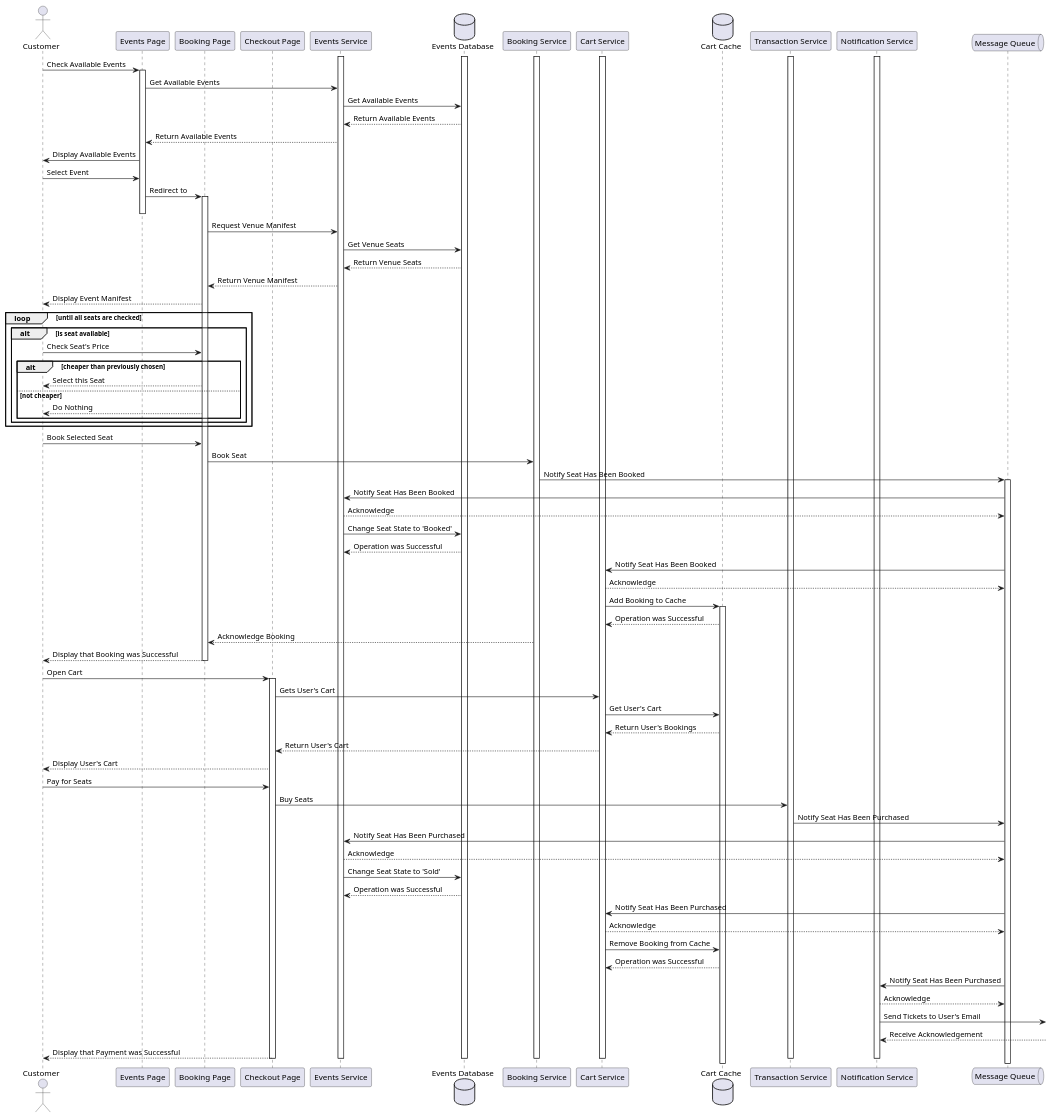
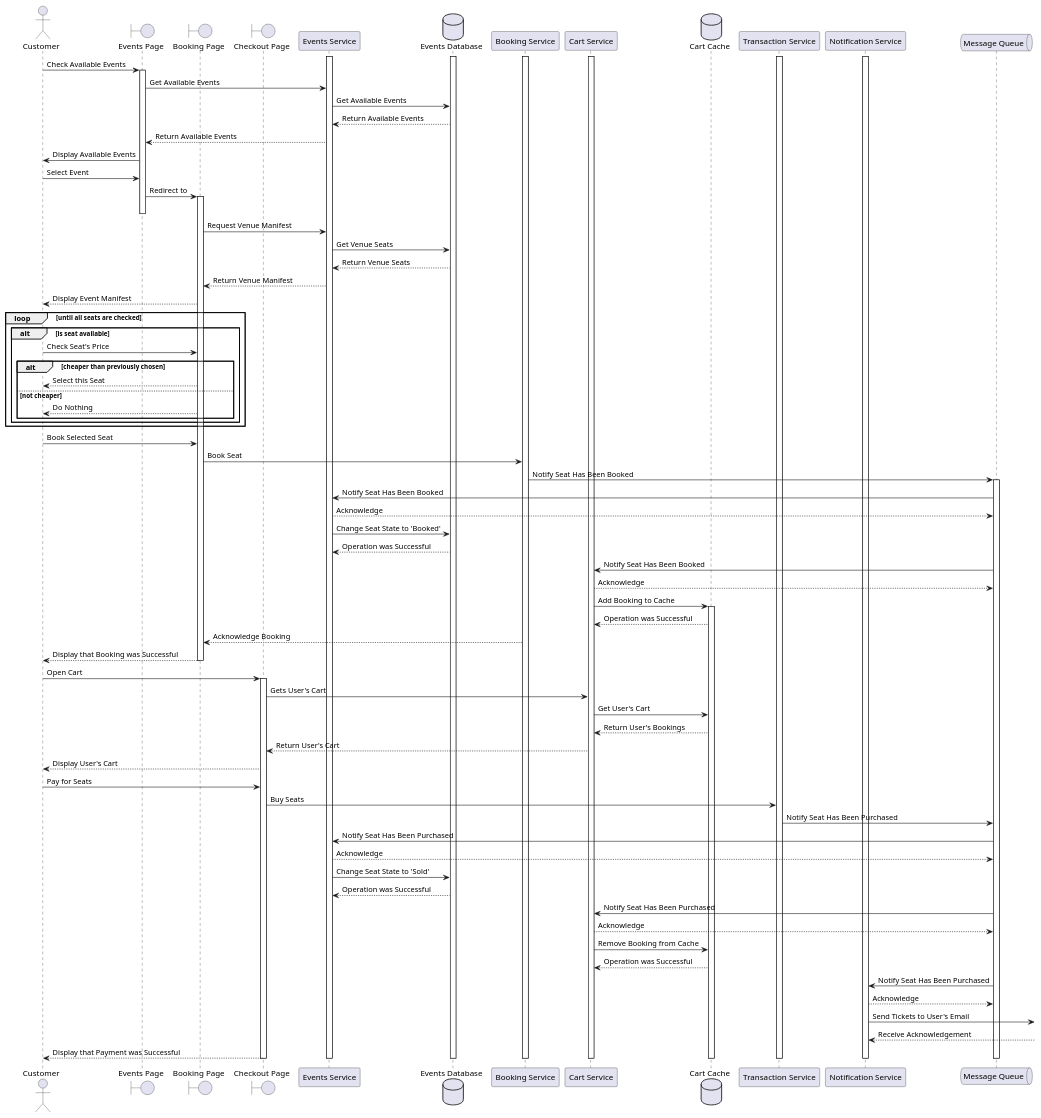
One commit to vadzim-kurdzesau/ticketing-domain changed the diagram in diagrams/lowest-price-seat-booking-sequence-diagram.puml. Above: the diagram before and after it, drawn with PlantUML. The commit also changed 3 other files, not shown here.

Commit message:
feat: complete all diagrams

```diff
--- a/diagrams/lowest-price-seat-booking-sequence-diagram.puml
+++ b/diagrams/lowest-price-seat-booking-sequence-diagram.puml
@@ -1,106 +1,108 @@
 @startuml lowest-price-seat-booking-sequence-diagram
 
 actor Customer as user
-participant "Events Page" as eventsPage
-participant "Booking Page" as bookingPage
-participant "Checkout Page" as checkoutPage
+boundary "Events Page" as eventsPage
+boundary "Booking Page" as bookingPage
+boundary "Checkout Page" as checkoutPage
 participant "Events Service" as eventService
 database "Events Database" as eventsDb
 
 participant "Booking Service" as bookingService
 participant "Cart Service" as cartService
 database "Cart Cache" as cartCache
 participant "Transaction Service" as transactionService
 participant "Notification Service" as notifications
 queue "Message Queue" as queueService
 
 activate eventsDb
 activate eventService
 activate bookingService
 activate cartService
 activate transactionService
 activate notifications
 
 user -> eventsPage ++ : Check Available Events
 eventsPage -> eventService : Get Available Events
 eventService -> eventsDb : Get Available Events
 eventsDb --> eventService : Return Available Events
 eventService --> eventsPage : Return Available Events
 eventsPage -> user : Display Available Events
 
 
 user -> eventsPage : Select Event
 eventsPage -> bookingPage ++ : Redirect to
 deactivate eventsPage
 bookingPage -> eventService : Request Venue Manifest
 eventService -> eventsDb : Get Venue Seats
 eventsDb --> eventService : Return Venue Seats
 eventService --> bookingPage : Return Venue Manifest
 bookingPage --> user: Display Event Manifest
 
 loop until all seats are checked
     alt is seat available
         user -> bookingPage : Check Seat's Price
 
         alt cheaper than previously chosen
             bookingPage --> user : Select this Seat
         else not cheaper
             bookingPage --> user: Do Nothing
         end 
     end
 end
 
 
 user -> bookingPage : Book Selected Seat
 bookingPage -> bookingService : Book Seat
 bookingService -> queueService ++ : Notify Seat Has Been Booked
 queueService -> eventService : Notify Seat Has Been Booked
 eventService --> queueService : Acknowledge
 eventService -> eventsDb : Change Seat State to 'Booked'
 eventsDb --> eventService : Operation was Successful
 
 queueService -> cartService : Notify Seat Has Been Booked
 cartService --> queueService : Acknowledge
 cartService -> cartCache ++: Add Booking to Cache
 cartCache --> cartService : Operation was Successful
 bookingService --> bookingPage : Acknowledge Booking
 
 bookingPage --> user -- : Display that Booking was Successful
 
 
 user -> checkoutPage ++: Open Cart
 checkoutPage -> cartService : Gets User's Cart
 cartService -> cartCache : Get User's Cart
 cartCache --> cartService : Return User's Bookings
 cartService --> checkoutPage : Return User's Cart
 checkoutPage --> user : Display User's Cart
 
 user -> checkoutPage: Pay for Seats
 checkoutPage -> transactionService : Buy Seats
 transactionService -> queueService : Notify Seat Has Been Purchased
 
 queueService -> eventService : Notify Seat Has Been Purchased
 eventService --> queueService : Acknowledge
 eventService -> eventsDb : Change Seat State to 'Sold'
 eventsDb --> eventService : Operation was Successful
 
 queueService -> cartService : Notify Seat Has Been Purchased
 cartService --> queueService : Acknowledge
 cartService -> cartCache : Remove Booking from Cache
 cartCache --> cartService : Operation was Successful
 
 queueService -> notifications : Notify Seat Has Been Purchased
 notifications --> queueService : Acknowledge
 notifications -> : Send Tickets to User's Email
 notifications <-- : Receive Acknowledgement
 
 checkoutPage --> user --: Display that Payment was Successful
 
 deactivate eventsDb
 deactivate eventService
 deactivate bookingService
 deactivate cartService
 deactivate transactionService
 deactivate notifications
+deactivate queueService
+deactivate cartCache
 
 @enduml
```
